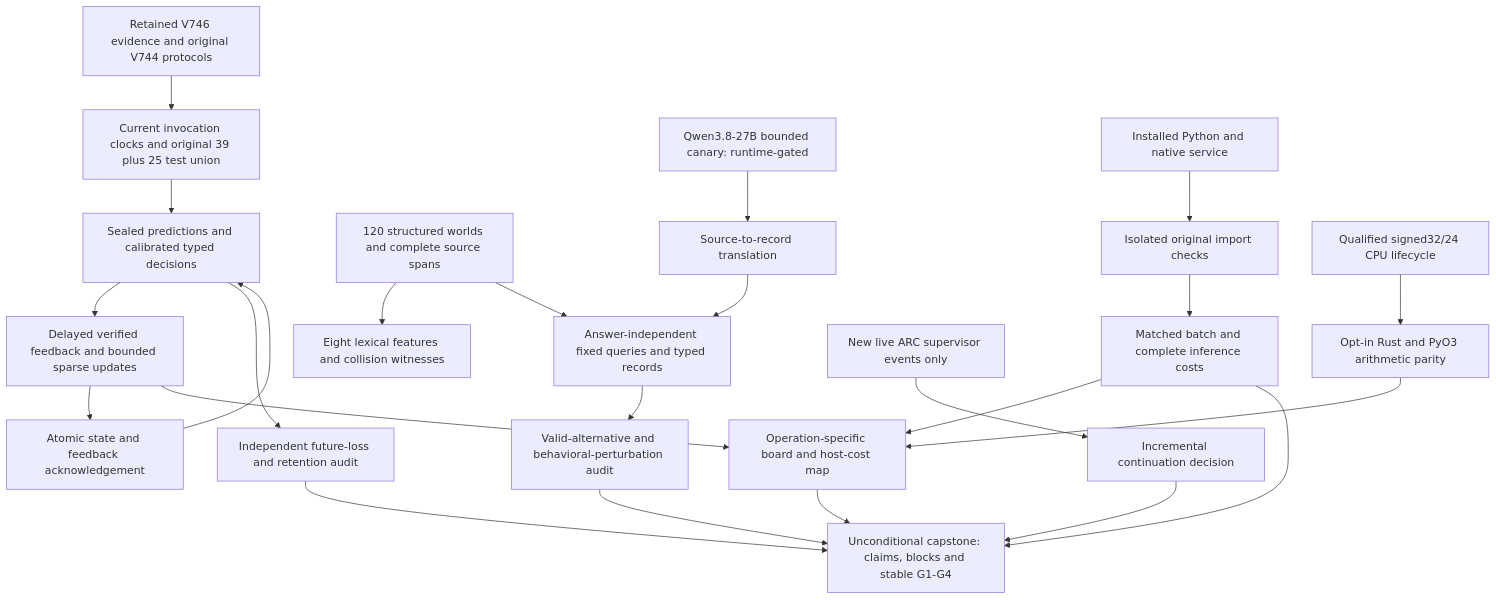
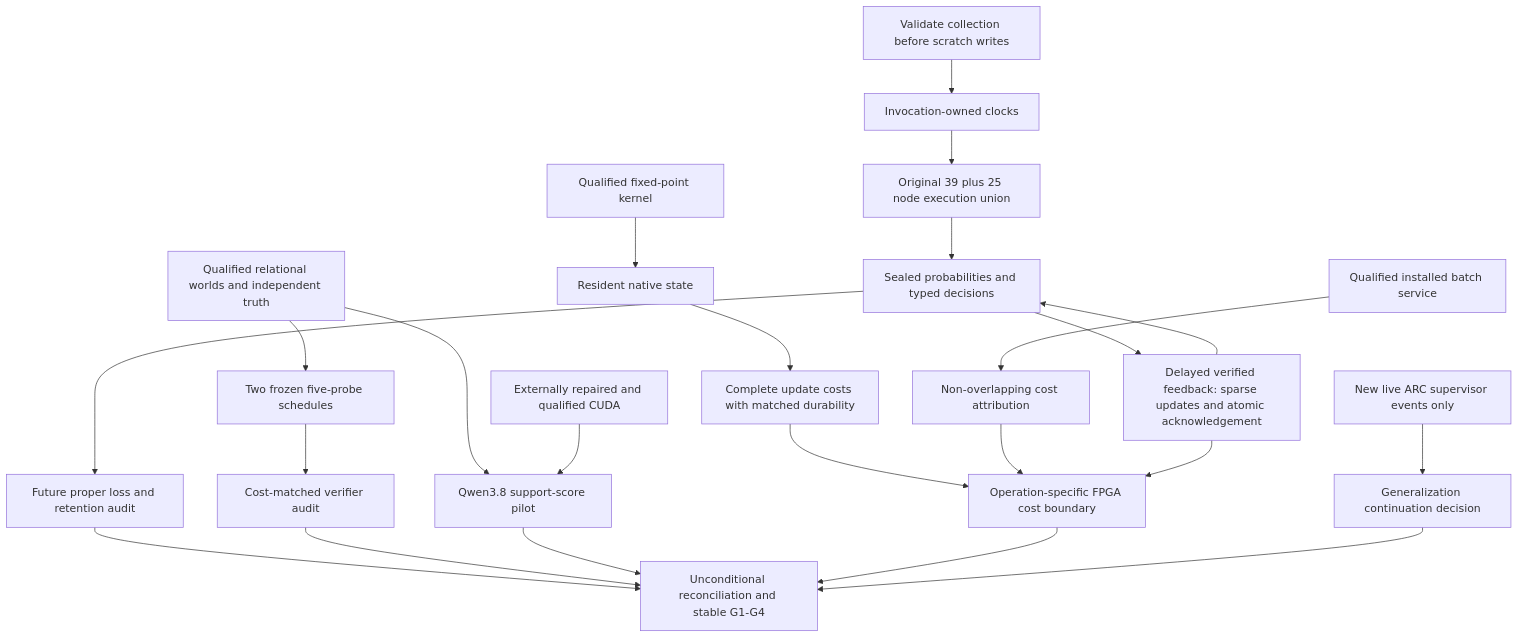
Before and after one commit to Carnot-EBM/carnot-ebm: the first of 2 diagrams in openspec/change-proposals/research-roadmap-vNEXT.md, drawn with Mermaid. The commit also changed other lines of this file and 19 other files, not shown here.

````diff
--- a/openspec/change-proposals/research-roadmap-vNEXT.md
+++ b/openspec/change-proposals/research-roadmap-vNEXT.md
@@ -83,26 +77,25 @@
 ```mermaid
 flowchart TD
-    A[Retained V746 evidence and original V744 protocols] --> B[Current invocation clocks and original 39 plus 25 test union]
-    B --> C[Sealed predictions and calibrated typed decisions]
-    C --> D[Delayed verified feedback and bounded sparse updates]
-    D --> E[Atomic state and feedback acknowledgement]
-    E --> C
-    C --> F[Independent future-loss and retention audit]
-    W[120 structured worlds and complete source spans] --> L[Eight lexical features and collision witnesses]
-    W --> S[Answer-independent fixed queries and typed records]
-    S --> V[Valid-alternative and behavioral-perturbation audit]
-    Q[Qwen3.8-27B bounded canary: runtime-gated] --> T[Source-to-record translation]
-    T --> S
-    N[Installed Python and native service] --> I[Isolated original import checks]
-    I --> K[Matched batch and complete inference costs]
-    P[Qualified signed32/24 CPU lifecycle] --> R[Opt-in Rust and PyO3 arithmetic parity]
-    R --> H[Operation-specific board and host-cost map]
-    D --> H
-    K --> H
-    O[New live ARC supervisor events only] --> J[Incremental continuation decision]
-    F --> Z[Unconditional capstone: claims, blocks and stable G1-G4]
-    V --> Z
-    K --> Z
-    H --> Z
+    A[Validate collection before scratch writes] --> B[Invocation-owned clocks]
+    B --> C[Original 39 plus 25 node execution union]
+    C --> D[Sealed probabilities and typed decisions]
+    D --> E[Delayed verified feedback: sparse updates and atomic acknowledgement]
+    E --> D
+    D --> F[Future proper loss and retention audit]
+    V[Qualified relational worlds and independent truth] --> P[Two frozen five-probe schedules]
+    P --> T[Cost-matched verifier audit]
+    V --> Q[Qwen3.8 support-score pilot]
+    R[Externally repaired and qualified CUDA] --> Q
+    I[Qualified fixed-point kernel] --> N[Resident native state]
+    N --> K[Complete update costs with matched durability]
+    S[Qualified installed batch service] --> H[Non-overlapping cost attribution]
+    K --> W[Operation-specific FPGA cost boundary]
+    H --> W
+    E --> W
+    L[New live ARC supervisor events only] --> J[Generalization continuation decision]
+    F --> Z[Unconditional reconciliation and stable G1-G4]
+    T --> Z
+    Q --> Z
+    W --> Z
     J --> Z
 ```
````
